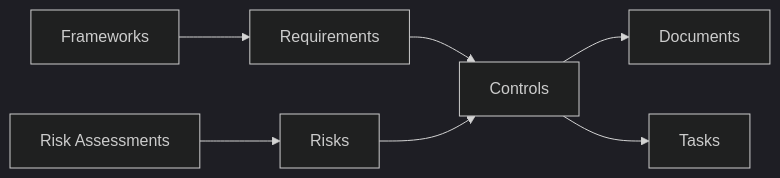
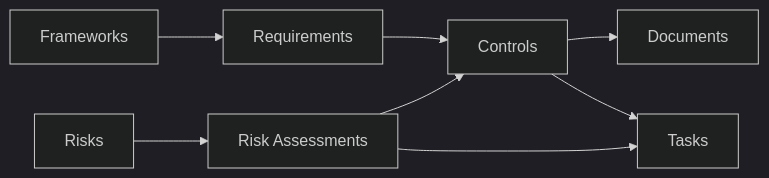
One commit to tekve/gover-docs changed the diagram in docs/getting-started/intro.md. Above: the diagram before and after it, drawn with Mermaid (dark theme). The commit also changed 3 other files, not shown here.

Commit message:
Fix mermaid: Risk -> Assessment -> Controls/Tasks

````diff
--- a/docs/getting-started/intro.md
+++ b/docs/getting-started/intro.md
@@ -15,9 +15,10 @@
 ```mermaid
 flowchart LR
     F[Frameworks] --> R[Requirements]
     R --> C[Controls]
     C --> D[Documents]
     C --> T[Tasks]
-    RI[Risks] --> C
-    RA[Risk Assessments] --> RI
+    RI[Risks] --> RA[Risk Assessments]
+    RA --> C
+    RA --> T
 ```
````
